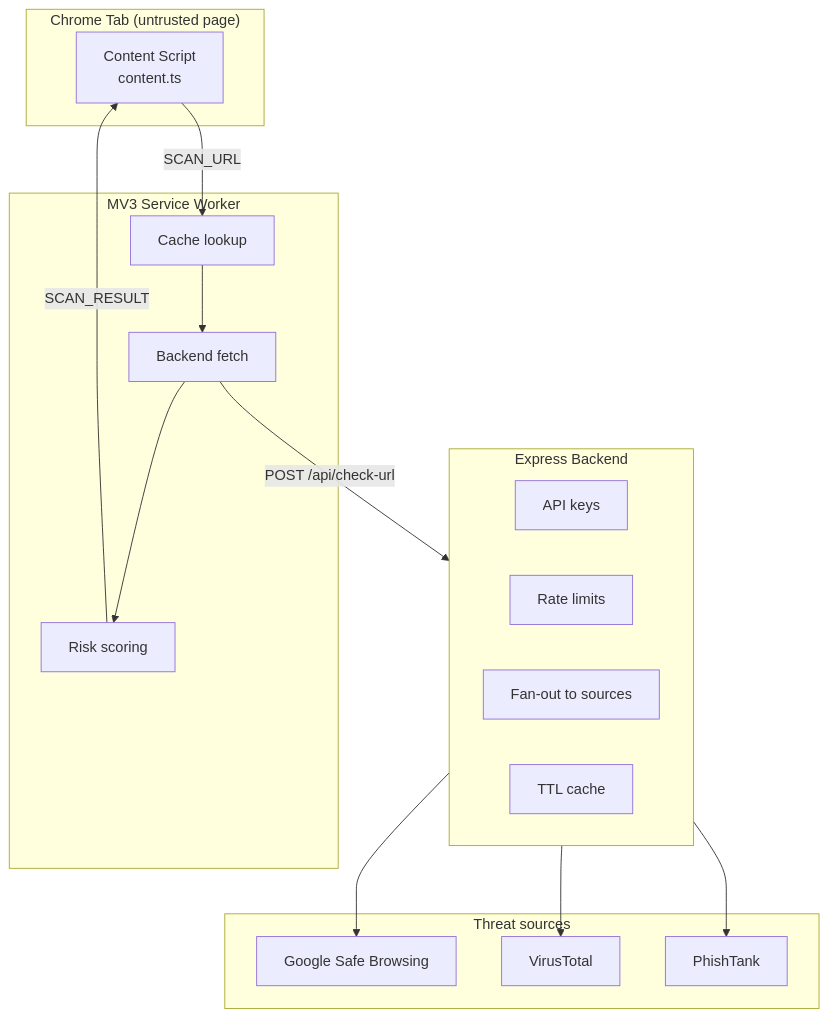
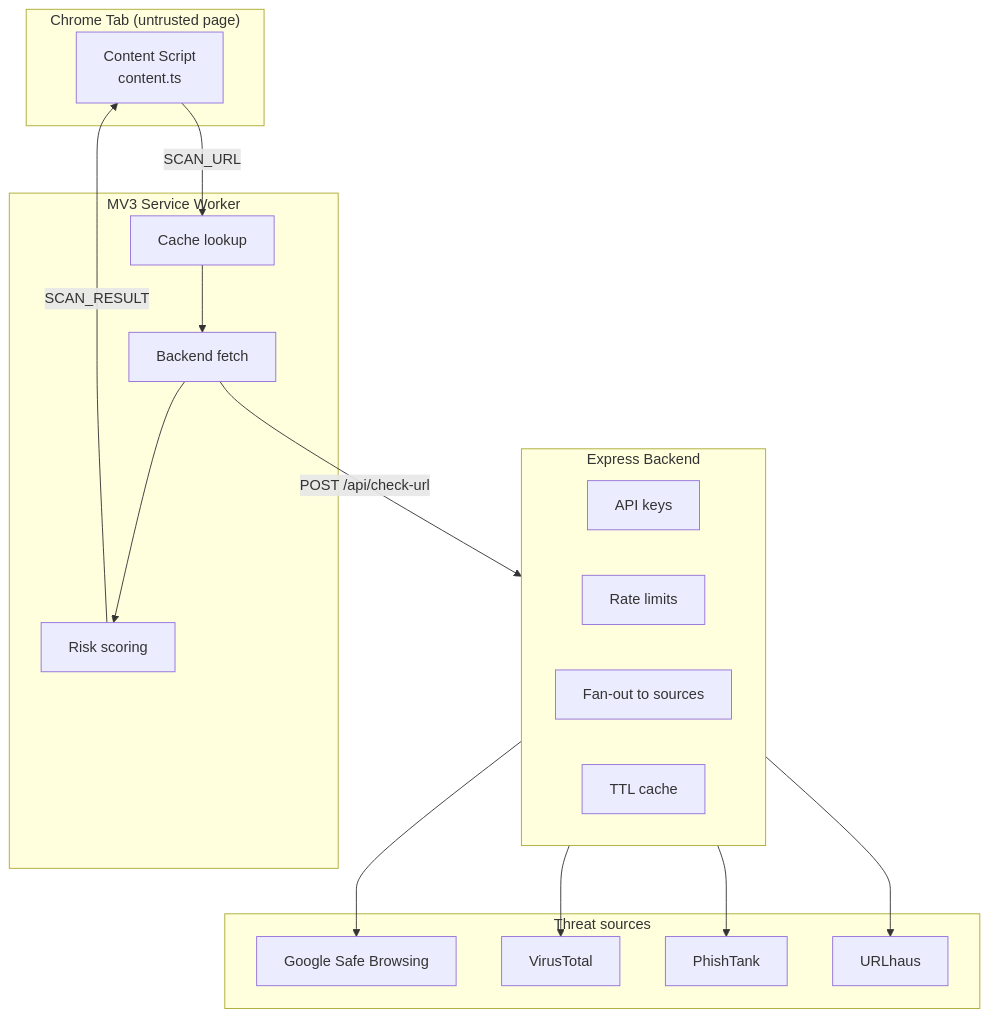
Before and after one commit to swapnils101198/threatguard: the diagram in docs/architecture.md, drawn with Mermaid. The commit also changed other lines of this file and 12 other files, not shown here.

````diff
--- a/docs/architecture.md
+++ b/docs/architecture.md
@@ -5,35 +5,37 @@
 ```mermaid
 flowchart TD
     subgraph Tab["Chrome Tab (untrusted page)"]
         CS["Content Script<br/>content.ts"]
     end
 
     subgraph SW["MV3 Service Worker"]
         Cache["Cache lookup"]
         Fetch["Backend fetch"]
         Score["Risk scoring"]
     end
 
     subgraph BE["Express Backend"]
         Keys["API keys"]
         Rate["Rate limits"]
         Fan["Fan-out to sources"]
         BCache["TTL cache"]
     end
 
     subgraph Sources["Threat sources"]
         GSB["Google Safe Browsing"]
         VT["VirusTotal"]
         PT["PhishTank"]
+        UH["URLhaus"]
     end
 
     CS -- "SCAN_URL" --> Cache
     Cache --> Fetch
     Fetch --> Score
     Score -- "SCAN_RESULT" --> CS
 
     Fetch -- "POST /api/check-url" --> BE
     BE --> GSB
     BE --> VT
     BE --> PT
+    BE --> UH
 ```
````
